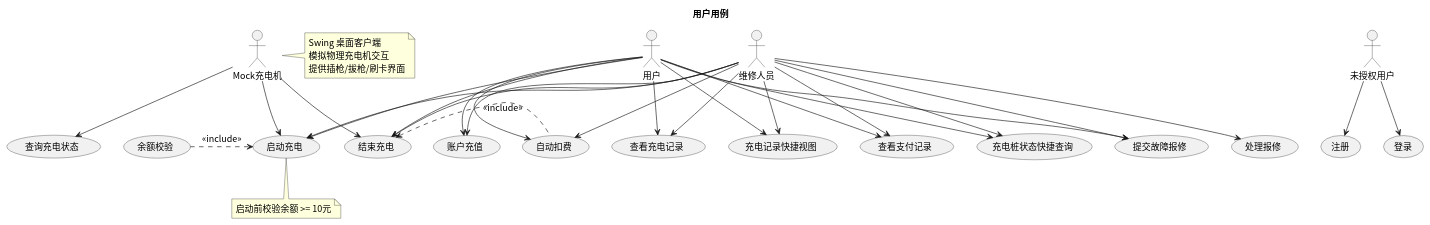
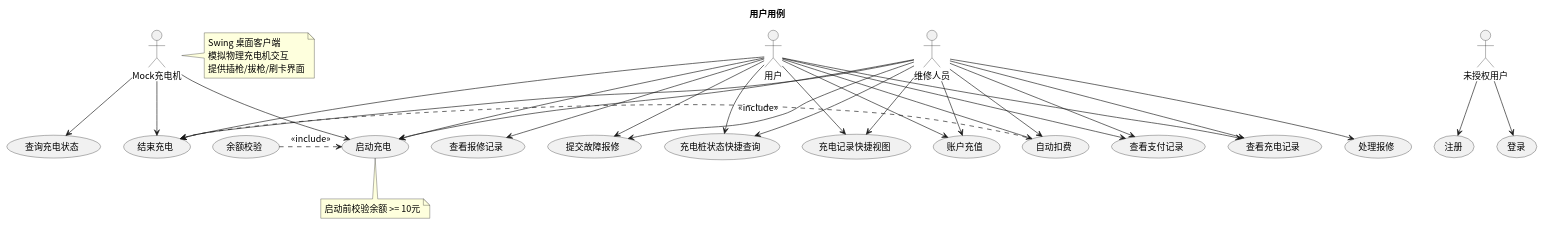
The diagram in usecase/docs/overview/src/user_usecases.puml (greenhandzdl/charging-station-doc), drawn with PlantUML before and after one commit. The commit also changed 25 other files, not shown here.

First line of the commit message:
fix: 第2轮评估修复 — 用例图权限补全、时序图安全注解与HTTPS、密码重置令牌优化

```diff
--- a/usecase/docs/overview/src/user_usecases.puml
+++ b/usecase/docs/overview/src/user_usecases.puml
@@ -1,57 +1,59 @@
 @startuml
 skinparam defaultFontName "Noto Sans CJK SC"
 skinparam defaultFontSize 14
 title 用户用例
 skinparam useCaseShape rectangle
 
 actor "未授权用户" as G
 actor "用户" as U
 actor "维修人员" as M
 actor "Mock充电机" as MC
 
 note right of MC : Swing 桌面客户端\n模拟物理充电机交互\n提供插枪/拔枪/刷卡界面
 
 usecase "注册" as REG
 usecase "登录" as LOG
 usecase "账户充值" as RCH
 usecase "启动充电" as CS
 usecase "余额校验" as BAL
 usecase "结束充电" as EC
 usecase "自动扣费" as AD
 usecase "查看充电记录" as VCR
 usecase "查看支付记录" as VPR
 usecase "提交故障报修" as SRT
 usecase "处理报修" as HR
 usecase "充电记录快捷视图" as QV
 usecase "充电桩状态快捷查询" as QC
+usecase "查看报修记录" as VR
 usecase "查询充电状态" as QC_CM
 
 G --> REG
 G --> LOG
 U --> RCH
 U --> CS
 U --> EC
 U --> AD
 U --> VCR
 U --> VPR
 U --> SRT
 U --> QV
 U --> QC
+U --> VR
 M --> RCH
 M --> CS
 M --> EC
 M --> AD
 M --> VCR
 M --> VPR
 M --> SRT
 M --> HR
 M --> QV
 M --> QC
 MC --> CS
 MC --> EC
 MC --> QC_CM
 
 CS <.left. BAL : <<include>>
 note bottom of CS : 启动前校验余额 >= 10元
 EC <.right. AD : <<include>>
 @enduml
```
